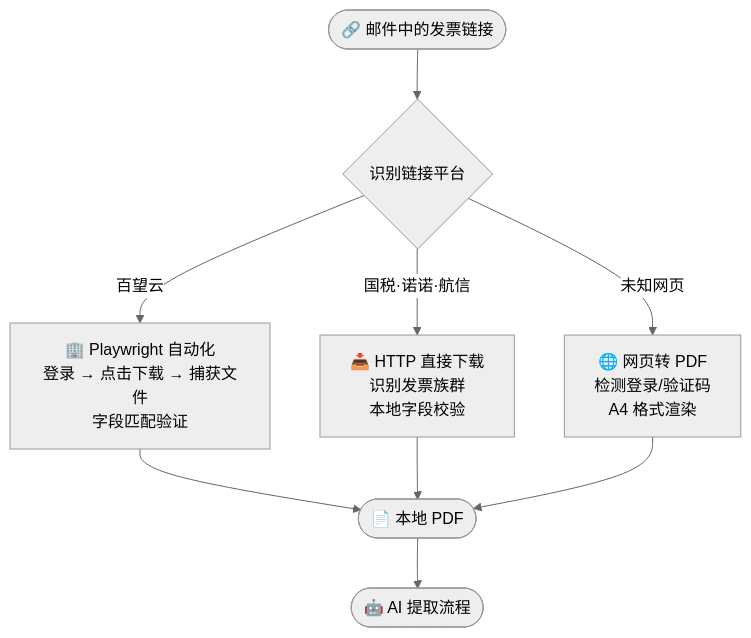
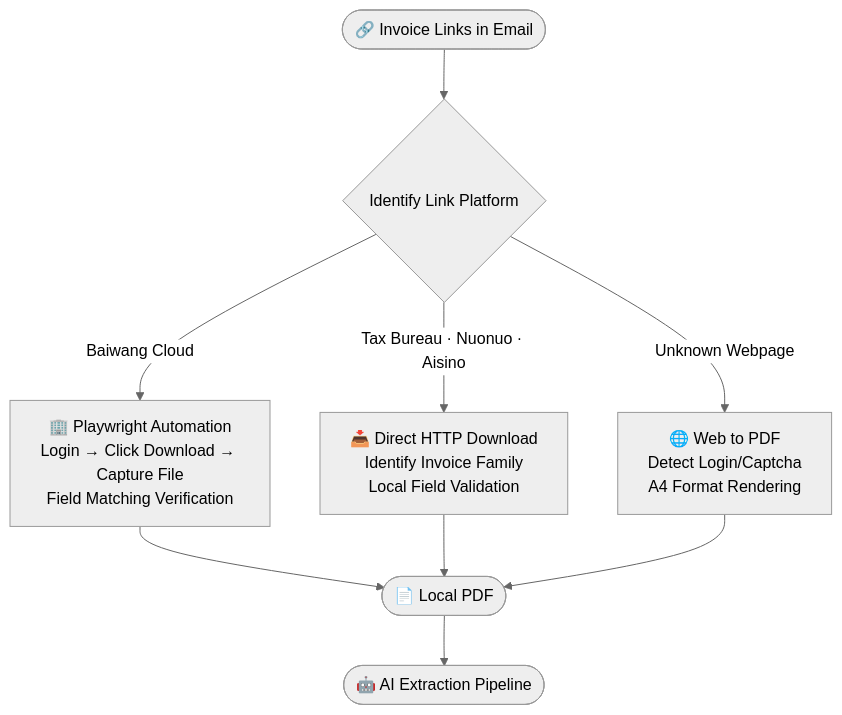
Before and after one commit to EthanYoQ/Invoice-Downloader: the second of 2 diagrams in README.md, drawn with Mermaid (neutral theme). The commit also changed other lines of this file and 1 other file, not shown here.

````diff
--- a/README.md
+++ b/README.md
@@ -91,9 +93,9 @@
 ```mermaid
 flowchart TD
-    Link(["🔗 邮件中的发票链接"]) --> Detect{"识别链接平台"}
-    Detect -->|"百望云"| BW["🏢 Playwright 自动化\n登录 → 点击下载 → 捕获文件\n字段匹配验证"]
-    Detect -->|"国税·诺诺·航信"| DI["📥 HTTP 直接下载\n识别发票族群\n本地字段校验"]
-    Detect -->|"未知网页"| Generic["🌐 网页转 PDF\n检测登录/验证码\nA4 格式渲染"]
-    BW & DI & Generic --> Final(["📄 本地 PDF"])
-    Final --> AI(["🤖 AI 提取流程"])
+    Link(["🔗 Invoice Links in Email"]) --> Detect{"Identify Link Platform"}
+    Detect -->|"Baiwang Cloud"| BW["🏢 Playwright Automation\nLogin → Click Download → Capture File\nField Matching Verification"]
+    Detect -->|"Tax Bureau · Nuonuo · Aisino"| DI["📥 Direct HTTP Download\nIdentify Invoice Family\nLocal Field Validation"]
+    Detect -->|"Unknown Webpage"| Generic["🌐 Web to PDF\nDetect Login/Captcha\nA4 Format Rendering"]
+    BW & DI & Generic --> Final(["📄 Local PDF"])
+    Final --> AI(["🤖 AI Extraction Pipeline"])
 ```
````
